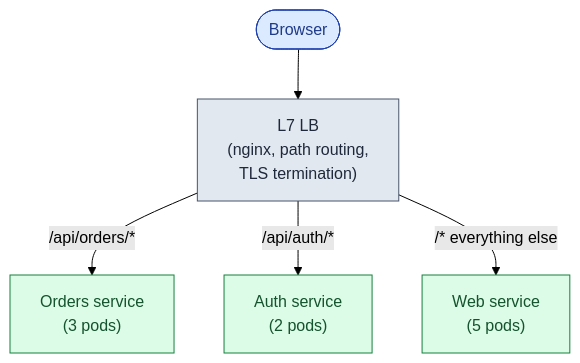
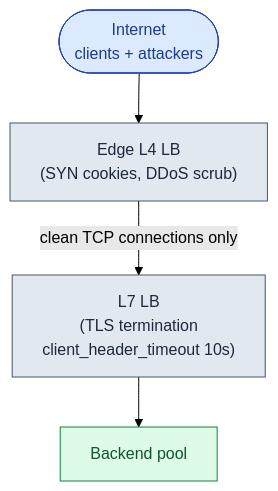
One commit to shiningflash/system-design changed the seventh of 10 diagrams in problems/016-load-balancer/question.md. Above: the diagram before and after it, drawn with Mermaid (forest theme). The commit also changed other lines of this file and 37 other files, not shown here.

````diff
--- a/problems/016-load-balancer/question.md
+++ b/problems/016-load-balancer/question.md
@@ -258,11 +315,10 @@
 ```mermaid
 flowchart TB
-    U([Browser]):::user --> GW["L7 LB<br/>(nginx, path routing,<br/>TLS termination)"]:::edge
-    GW -->|/api/orders/*| OS["Orders service<br/>(3 pods)"]:::app
-    GW -->|/api/auth/*| AS["Auth service<br/>(2 pods)"]:::app
-    GW -->|/* everything else| WS["Web service<br/>(5 pods)"]:::app
+    Internet(["Internet\nclients + attackers"]):::user --> Shield["Edge L4 LB\n(SYN cookies, DDoS scrub)"]:::edge
+    Shield -->|"clean TCP connections only"| L7["L7 LB\n(TLS termination\nclient_header_timeout 10s)"]:::edge
+    L7 --> Backends["Backend pool"]:::app
 
     classDef user fill:#dbeafe,stroke:#1e40af,color:#1e3a8a
     classDef edge fill:#e2e8f0,stroke:#475569,color:#1e293b
     classDef app fill:#dcfce7,stroke:#15803d,color:#14532d
 ```
````
